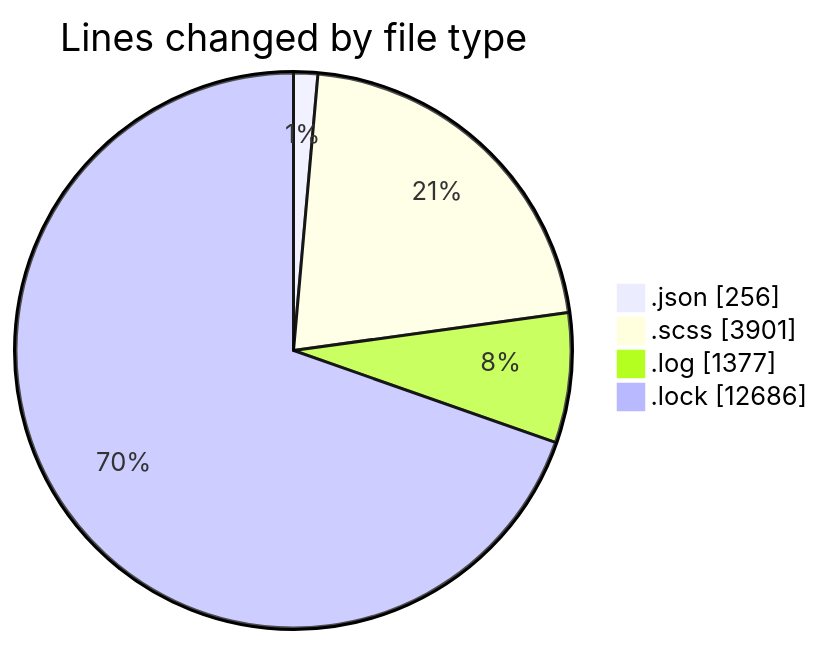
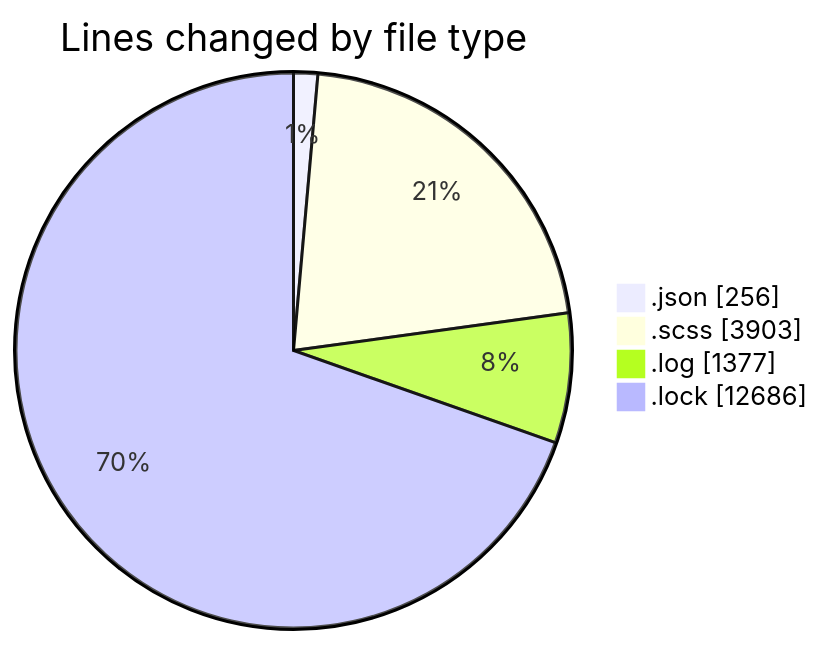
The first of 2 diagrams in 2026-01-22/cda/README.md (momahboobian/code-tracking), drawn with Mermaid before and after one commit. The commit also changed other lines of this file and 1 other file, not shown here.

````diff
--- a/2026-01-22/cda/README.md
+++ b/2026-01-22/cda/README.md
@@ -53,8 +53,8 @@
 ```mermaid
 pie showData
 title Lines changed by file type
 ".json" : 256
-".scss" : 3901
+".scss" : 3903
 ".log" : 1377
 ".lock" : 12686
 ```
````
